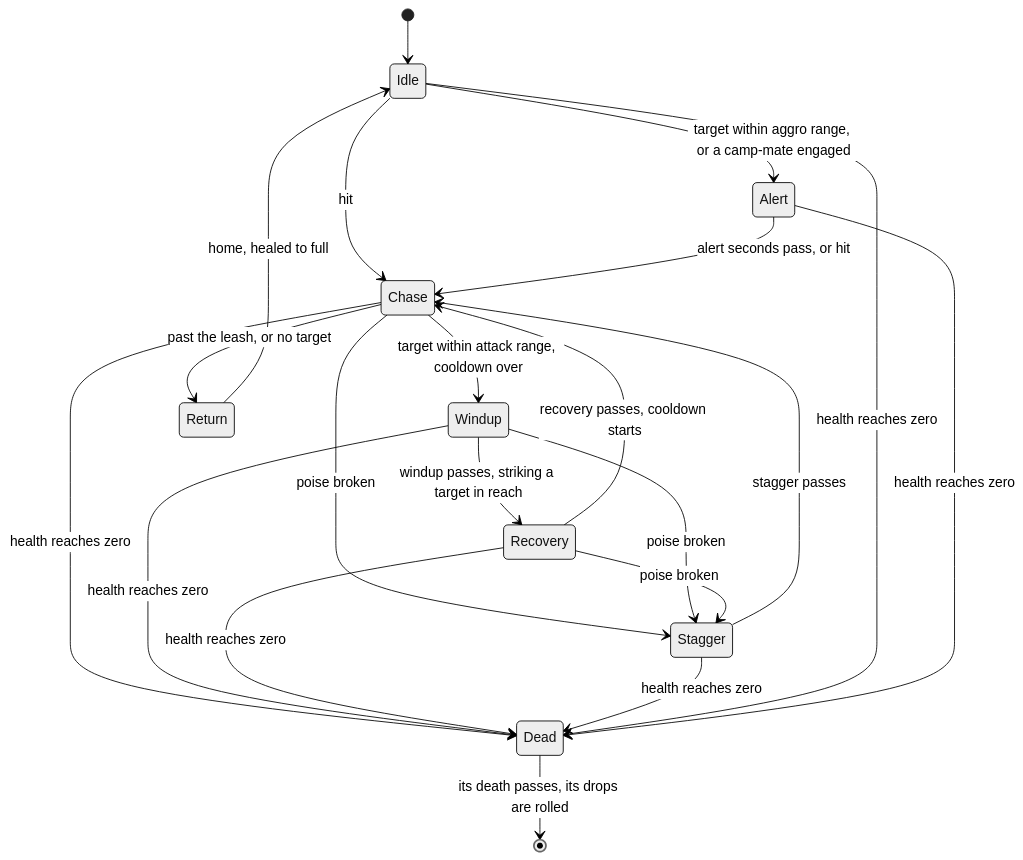
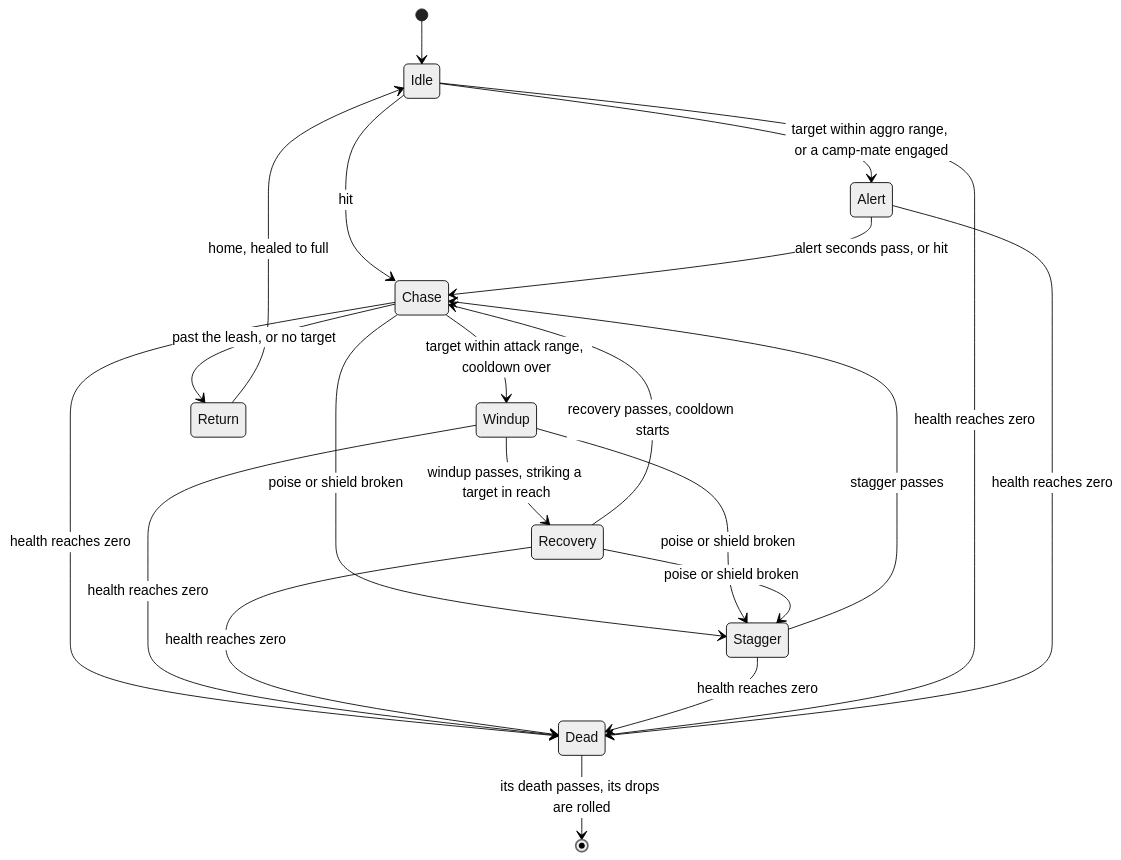
Before and after one commit to Esposter/Esposter: the diagram in openspec/specs/genshin/enemies/design.md, drawn with Mermaid (neutral theme). The commit also changed 4 other files, not shown here.

````diff
--- a/openspec/specs/genshin/enemies/design.md
+++ b/openspec/specs/genshin/enemies/design.md
@@ -7,23 +7,23 @@
 ```mermaid
 stateDiagram-v2
   [*] --> Idle
   Idle --> Alert: target within aggro range, or a camp-mate engaged
   Idle --> Chase: hit
   Alert --> Chase: alert seconds pass, or hit
   Chase --> Windup: target within attack range, cooldown over
   Windup --> Recovery: windup passes, striking a target in reach
   Recovery --> Chase: recovery passes, cooldown starts
-  Chase --> Stagger: poise broken
-  Windup --> Stagger: poise broken
-  Recovery --> Stagger: poise broken
+  Chase --> Stagger: poise or shield broken
+  Windup --> Stagger: poise or shield broken
+  Recovery --> Stagger: poise or shield broken
   Stagger --> Chase: stagger passes
   Chase --> Return: past the leash, or no target
   Return --> Idle: home, healed to full
   Chase --> Dead: health reaches zero
   Windup --> Dead: health reaches zero
   Recovery --> Dead: health reaches zero
   Stagger --> Dead: health reaches zero
   Idle --> Dead: health reaches zero
   Alert --> Dead: health reaches zero
   Dead --> [*]: its death passes, its drops are rolled
 ```
````
